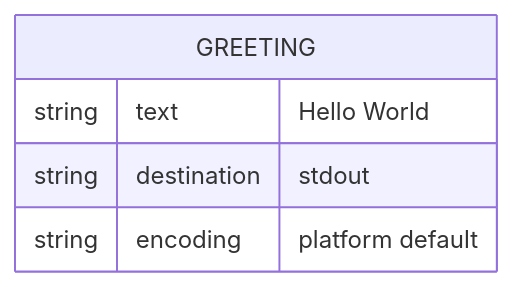
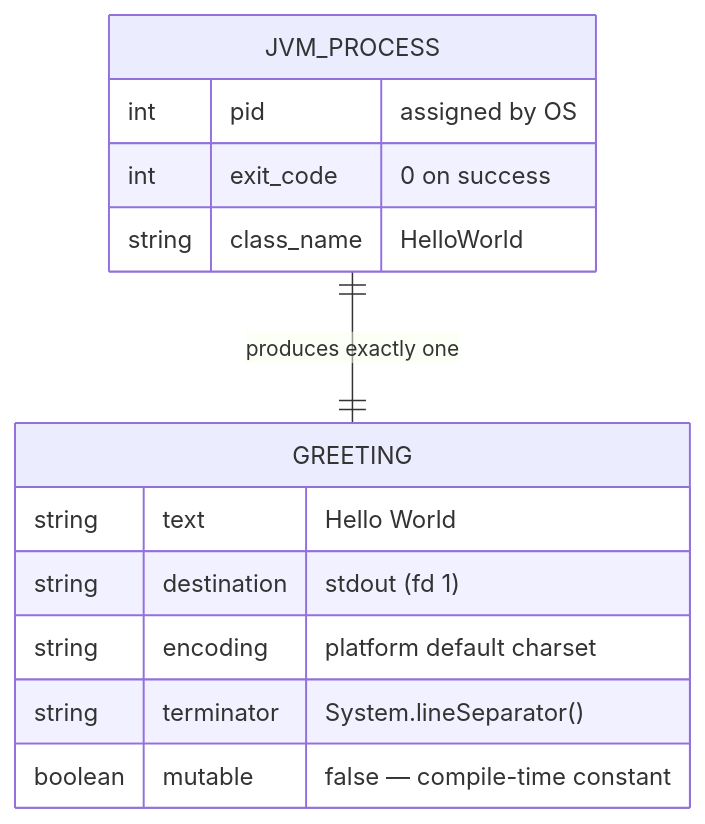
One commit to ktruchcz/copilot-test-ktruchcz changed diagram 15 of 21 in arc42-documentation.md. Above: the diagram before and after it, drawn with Mermaid. The commit also changed other lines of this file, not shown here.

First line of the commit message:
Generate comprehensive arc42 architecture documentation

````diff
--- a/arc42-documentation.md
+++ b/arc42-documentation.md
@@ -438,8 +622,18 @@
 ```mermaid
 erDiagram
     GREETING {
-        string text "Hello World"
-        string destination "stdout"
-        string encoding "platform default"
+        string  text        "Hello World"
+        string  destination "stdout (fd 1)"
+        string  encoding    "platform default charset"
+        string  terminator  "System.lineSeparator()"
+        boolean mutable     "false — compile-time constant"
     }
+
+    JVM_PROCESS {
+        int     pid         "assigned by OS"
+        int     exit_code   "0 on success"
+        string  class_name  "HelloWorld"
+    }
+
+    JVM_PROCESS ||--|| GREETING : "produces exactly one"
 ```
````
